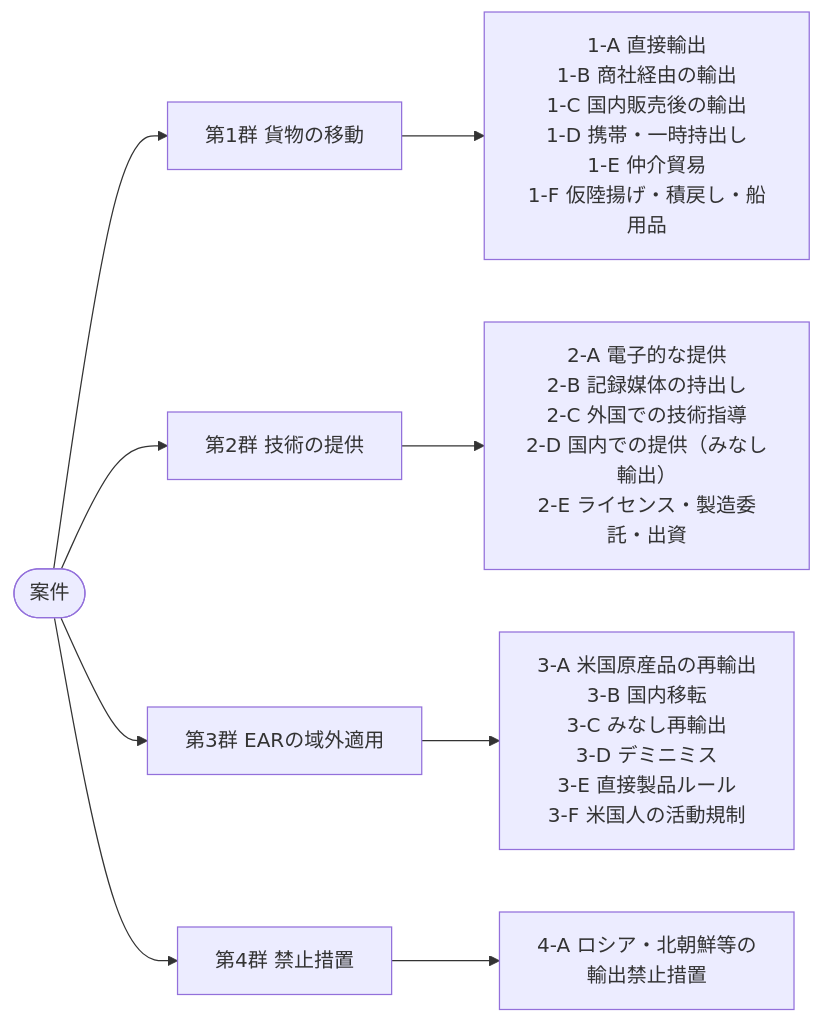
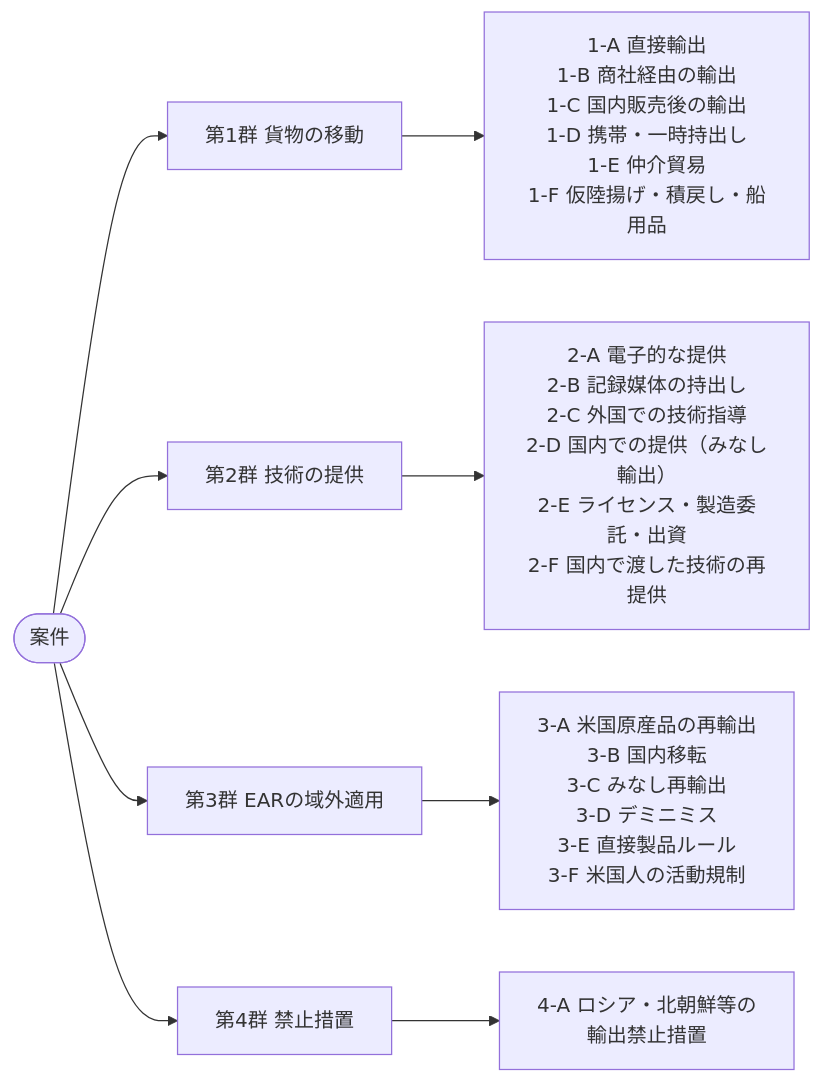
One commit to bamboo-go/export-control-hub changed the first of 2 diagrams in content/ja/docs/01-overview/export-patterns/index.md. Above: the diagram before and after it, drawn with Mermaid. The commit also changed other lines of this file, not shown here.

````diff
--- a/content/ja/docs/01-overview/export-patterns/index.md
+++ b/content/ja/docs/01-overview/export-patterns/index.md
@@ -16,11 +16,11 @@
 ```mermaid
 flowchart LR
   R(["案件"]) --> G1["第1群 貨物の移動"]
   R --> G2["第2群 技術の提供"]
   R --> G3["第3群 EARの域外適用"]
   R --> G4["第4群 禁止措置"]
   G1 --> A1["1-A 直接輸出<br/>1-B 商社経由の輸出<br/>1-C 国内販売後の輸出<br/>1-D 携帯・一時持出し<br/>1-E 仲介貿易<br/>1-F 仮陸揚げ・積戻し・船用品"]
-  G2 --> A2["2-A 電子的な提供<br/>2-B 記録媒体の持出し<br/>2-C 外国での技術指導<br/>2-D 国内での提供（みなし輸出）<br/>2-E ライセンス・製造委託・出資"]
+  G2 --> A2["2-A 電子的な提供<br/>2-B 記録媒体の持出し<br/>2-C 外国での技術指導<br/>2-D 国内での提供（みなし輸出）<br/>2-E ライセンス・製造委託・出資<br/>2-F 国内で渡した技術の再提供"]
   G3 --> A3["3-A 米国原産品の再輸出<br/>3-B 国内移転<br/>3-C みなし再輸出<br/>3-D デミニミス<br/>3-E 直接製品ルール<br/>3-F 米国人の活動規制"]
   G4 --> A4["4-A ロシア・北朝鮮等の<br/>輸出禁止措置"]
 ```
````
